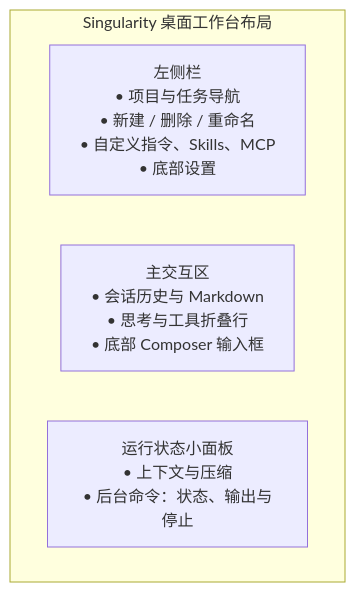
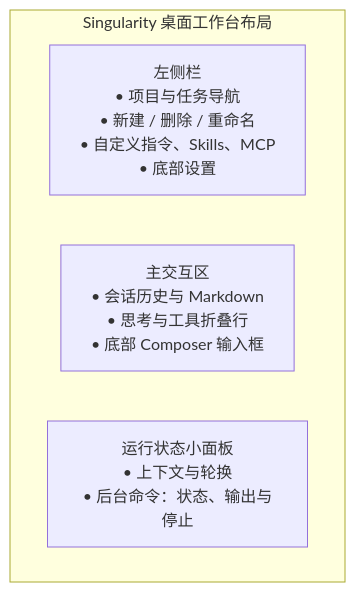
Before and after one commit to qjcnmd/singularity-agent: the diagram in docs/desktop-ui.md, drawn with Mermaid. The commit also changed other lines of this file and 58 other files, not shown here.

````diff
--- a/docs/desktop-ui.md
+++ b/docs/desktop-ui.md
@@ -5,9 +5,9 @@
 ```mermaid
 flowchart TD
     subgraph App["Singularity 桌面工作台布局"]
         direction LR
         Sidebar["左侧栏<br/>• 项目与任务导航<br/>• 新建 / 删除 / 重命名<br/>• 自定义指令、Skills、MCP<br/>• 底部设置"]
         Main["主交互区<br/>• 会话历史与 Markdown<br/>• 思考与工具折叠行<br/>• 底部 Composer 输入框"]
-        Background["运行状态小面板<br/>• 上下文与压缩<br/>• 后台命令：状态、输出与停止"]
+        Background["运行状态小面板<br/>• 上下文与轮换<br/>• 后台命令：状态、输出与停止"]
     end
 ```
````
